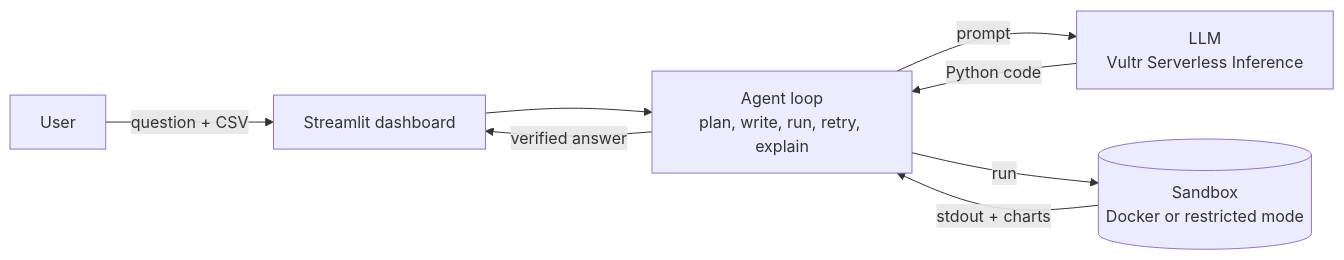
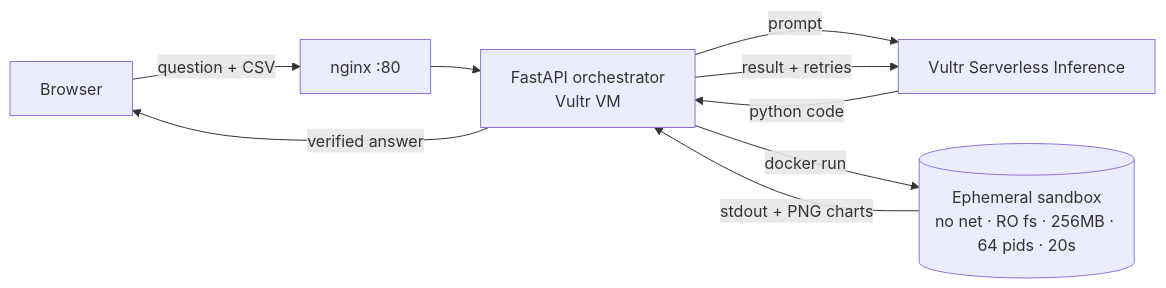
Before and after one commit to mirzayasirabdullahbaig07/Blast-Radius-Zero: the diagram in README.md, drawn with Mermaid. The commit also changed other lines of this file and 5 other files, not shown here.

````diff
--- a/README.md
+++ b/README.md
@@ -44,10 +33,11 @@
 ```mermaid
 flowchart LR
-  U[User] -->|question + CSV| UI[Streamlit dashboard]
-  UI --> A[Agent loop<br/>plan, write, run, retry, explain]
-  A -->|prompt| L[LLM<br/>Vultr Serverless Inference]
-  L -->|Python code| A
-  A -->|run| S[(Sandbox<br/>Docker or restricted mode)]
-  S -->|stdout + charts| A
-  A -->|verified answer| UI
+  U[Browser] -->|question + CSV| N[nginx :80]
+  N --> A[FastAPI orchestrator<br/>Vultr VM]
+  A -->|prompt| V[Vultr Serverless Inference]
+  V -->|python code| A
+  A -->|docker run| S[(Ephemeral sandbox<br/>no net · RO fs · 256MB · 64 pids · 20s)]
+  S -->|stdout + PNG charts| A
+  A -->|result + retries| V
+  A -->|verified answer| U
 ```
````
